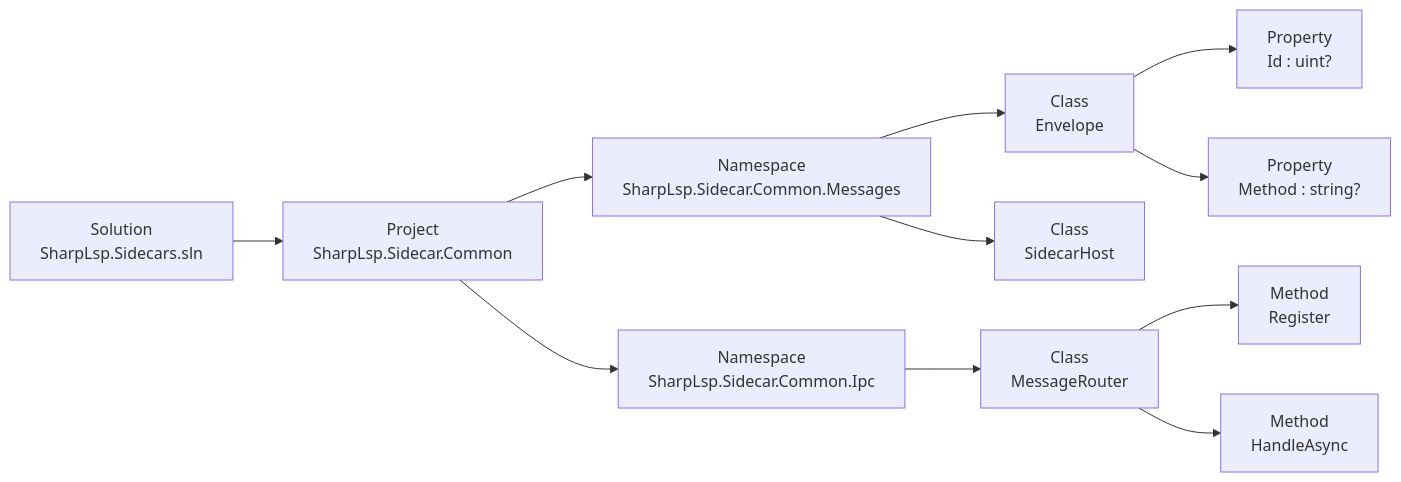
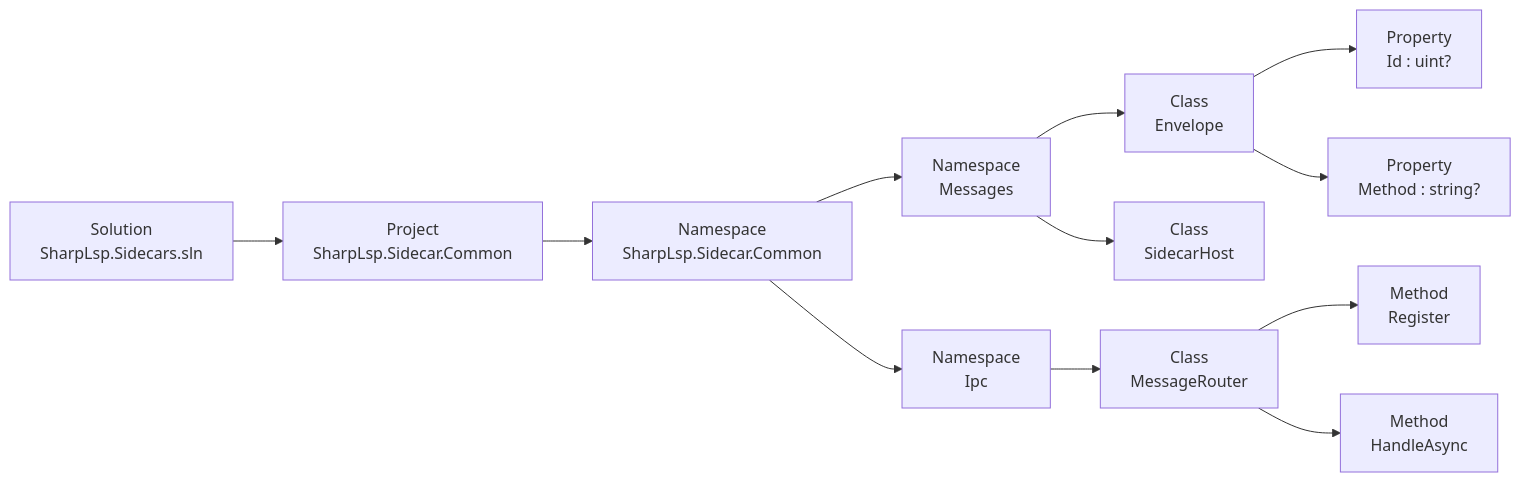
The second of 2 diagrams in docs/specs/SOLUTION-EXPLORER-SPEC.md (Nimblesite/SharpLsp), drawn with Mermaid before and after one commit. The commit also changed other lines of this file and 30 other files, not shown here.

````diff
--- a/docs/specs/SOLUTION-EXPLORER-SPEC.md
+++ b/docs/specs/SOLUTION-EXPLORER-SPEC.md
@@ -143,13 +143,14 @@
 ```mermaid
 flowchart LR
     SLN["Solution<br/>SharpLsp.Sidecars.sln"] --> PROJ["Project<br/>SharpLsp.Sidecar.Common"]
-    PROJ --> NSMESSAGES["Namespace<br/>SharpLsp.Sidecar.Common.Messages"]
-    PROJ --> NSIPC["Namespace<br/>SharpLsp.Sidecar.Common.Ipc"]
+    PROJ --> NSROOT["Namespace<br/>SharpLsp.Sidecar.Common"]
+    NSROOT --> NSMESSAGES["Namespace<br/>Messages"]
+    NSROOT --> NSIPC["Namespace<br/>Ipc"]
     NSMESSAGES --> ENVELOPE["Class<br/>Envelope"]
     NSMESSAGES --> SIDECARHOST["Class<br/>SidecarHost"]
     ENVELOPE --> PROPID["Property<br/>Id : uint?"]
     ENVELOPE --> PROPMETHOD["Property<br/>Method : string?"]
     NSIPC --> ROUTER["Class<br/>MessageRouter"]
     ROUTER --> REGISTER["Method<br/>Register"]
     ROUTER --> HANDLE["Method<br/>HandleAsync"]
 ```
````
